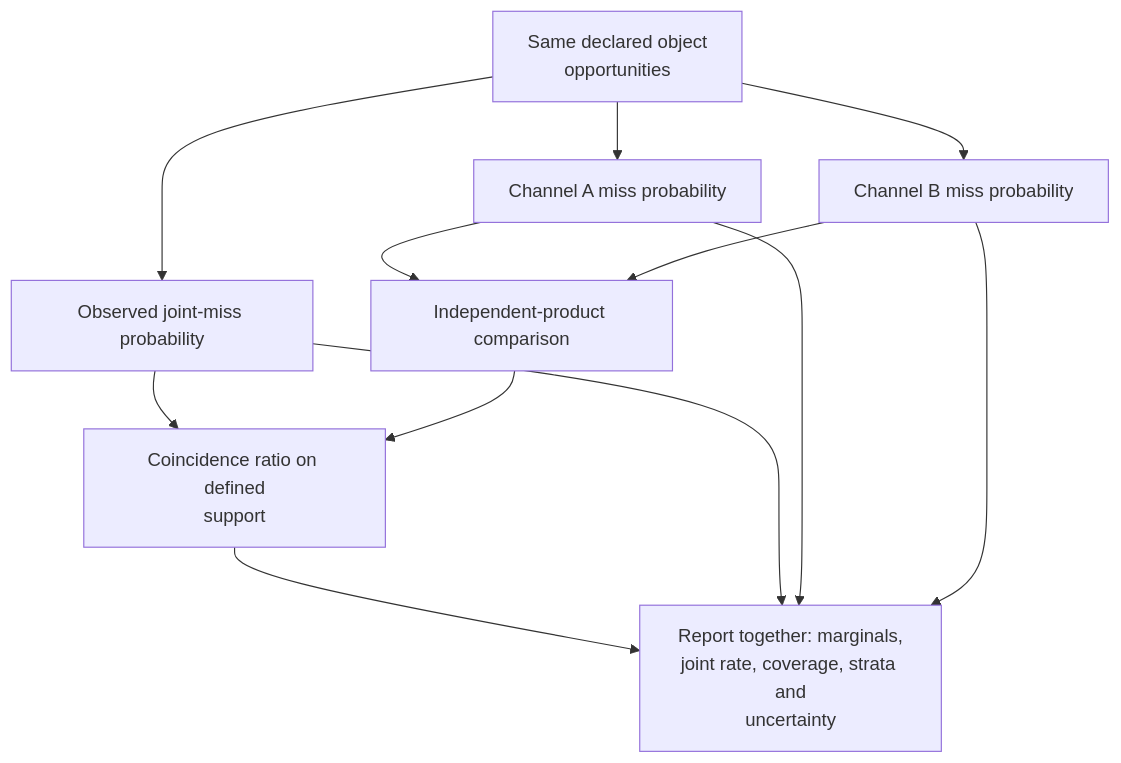
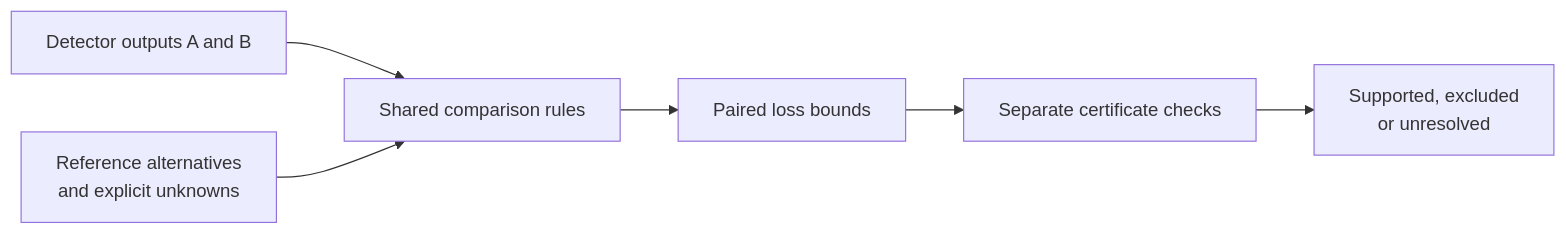
Before and after one commit to manfromnowhere143/reiyah: the diagram in README.md, drawn with Mermaid. The commit also changed other lines of this file and 2 other files, not shown here.

````diff
--- a/README.md
+++ b/README.md
@@ -300,14 +37,8 @@
 ```mermaid
-flowchart TB
-  O["Same declared object<br/>opportunities"] --> A["Channel A miss probability"]
-  O --> B["Channel B miss probability"]
-  O --> J["Observed joint-miss probability"]
-  A --> P["Independent-product comparison"]
-  B --> P
-  J --> C["Coincidence ratio on defined<br/>support"]
-  P --> C
-  C --> E["Report together: marginals,<br/>joint rate, coverage, strata and<br/>uncertainty"]
-  J --> E
-  A --> E
-  B --> E
+flowchart LR
+  A["Detector outputs A and B"] --> C["Shared comparison rules"]
+  B["Reference alternatives<br/>and explicit unknowns"] --> C
+  C --> D["Paired loss bounds"]
+  D --> E["Separate certificate checks"]
+  E --> F["Supported, excluded<br/>or unresolved"]
 ```
````
